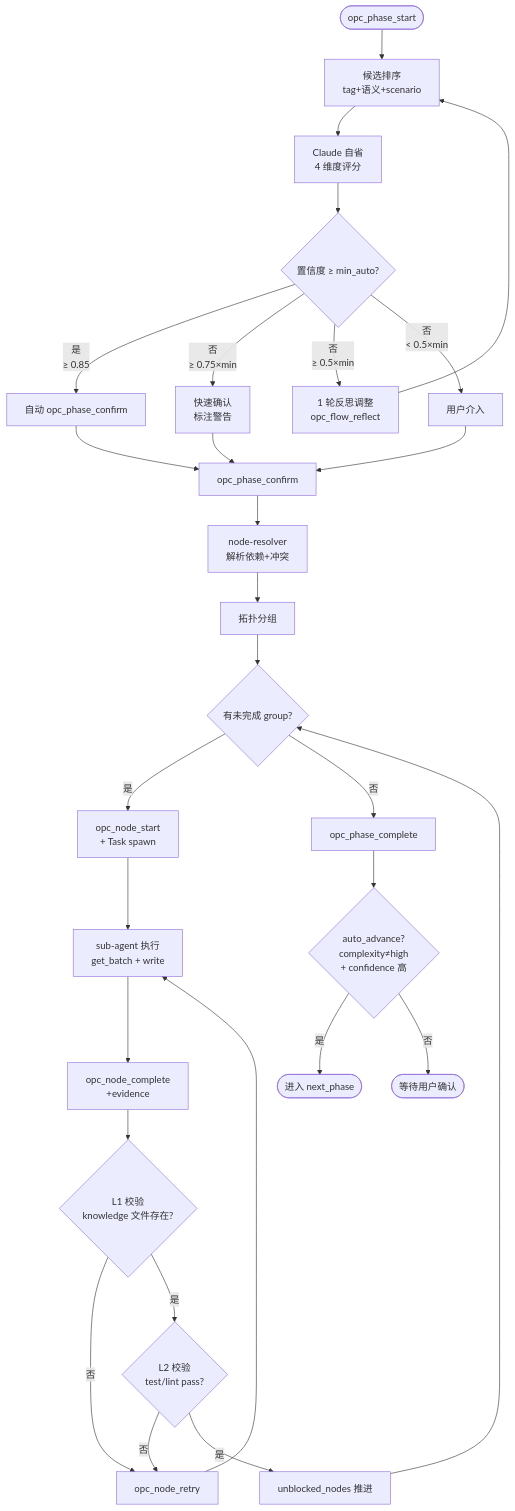
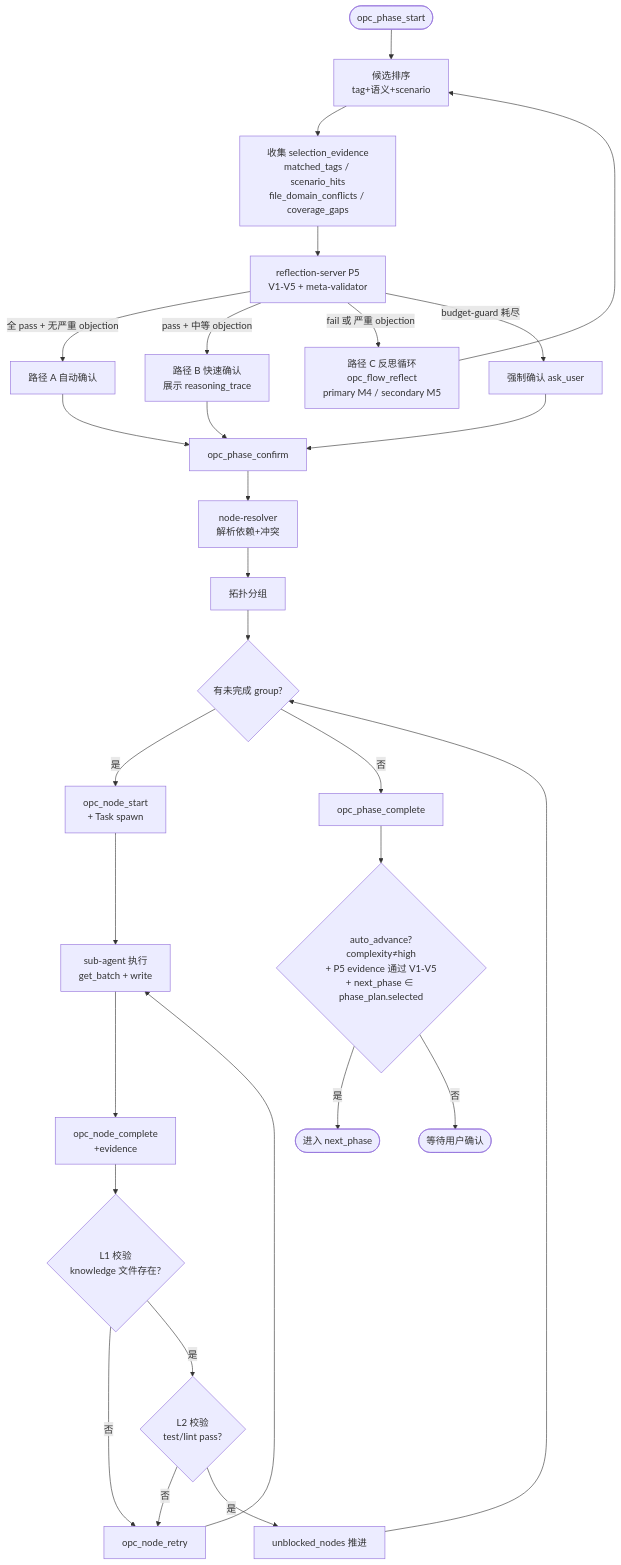
The second of 2 diagrams in doc/feature/04-e2e/01-walkthrough/00_overview.md (CaffeineOddity/opc-marketplace), drawn with Mermaid before and after one commit. The commit also changed other lines of this file and 38 other files, not shown here.

First line of the commit message:
docs: replace confidence-score model with evidence + V1-V5 validator across stack

````diff
--- a/doc/feature/04-e2e/01-walkthrough/00_overview.md
+++ b/doc/feature/04-e2e/01-walkthrough/00_overview.md
@@ -89,36 +89,36 @@
 ```mermaid
 flowchart TD
     Start([opc_phase_start]) --> Score[候选排序<br/>tag+语义+scenario]
-    Score --> Reflect[Claude 自省<br/>4 维度评分]
-    Reflect --> Conf{置信度 ≥ min_auto?}
+    Score --> Evidence[收集 selection_evidence<br/>matched_tags / scenario_hits<br/>file_domain_conflicts / coverage_gaps]
+    Evidence --> V[reflection-server P5<br/>V1-V5 + meta-validator]
 
-    Conf -->|是<br/>≥ 0.85| AutoConfirm[自动 opc_phase_confirm]
-    Conf -->|否<br/>≥ 0.75×min| QuickConf[快速确认<br/>标注警告]
-    Conf -->|否<br/>≥ 0.5×min| Adjust[1 轮反思调整<br/>opc_flow_reflect]
-    Conf -->|否<br/>< 0.5×min| Manual[用户介入]
+    V -->|全 pass + 无严重 objection| AutoConfirm[路径 A 自动确认]
+    V -->|pass + 中等 objection| QuickConf[路径 B 快速确认<br/>展示 reasoning_trace]
+    V -->|fail 或 严重 objection| Adjust[路径 C 反思循环<br/>opc_flow_reflect<br/>primary M4 / secondary M5]
+    V -->|budget-guard 耗尽| Manual[强制确认 ask_user]
 
     Adjust --> Score
     QuickConf --> Confirm[opc_phase_confirm]
     AutoConfirm --> Confirm
     Manual --> Confirm
 
     Confirm --> Resolve[node-resolver<br/>解析依赖+冲突]
     Resolve --> Groups[拓扑分组]
 
     Groups --> Exec{有未完成 group?}
     Exec -->|是| StartNode[opc_node_start<br/>+ Task spawn]
     StartNode --> Sub[sub-agent 执行<br/>get_batch + write]
     Sub --> Complete[opc_node_complete<br/>+evidence]
     Complete --> L1{L1 校验<br/>knowledge 文件存在?}
     L1 -->|否| Retry[opc_node_retry]
     L1 -->|是| L2{L2 校验<br/>test/lint pass?}
     L2 -->|否| Retry
     L2 -->|是| NextNode[unblocked_nodes 推进]
     NextNode --> Exec
     Retry --> Sub
 
     Exec -->|否| Done[opc_phase_complete]
-    Done --> Auto{auto_advance?<br/>complexity≠high<br/>+ confidence 高}
+    Done --> Auto{auto_advance?<br/>complexity≠high<br/>+ P5 evidence 通过 V1-V5<br/>+ next_phase ∈ phase_plan.selected}
     Auto -->|是| Next([进入 next_phase])
     Auto -->|否| Wait([等待用户确认])
 ```
````
